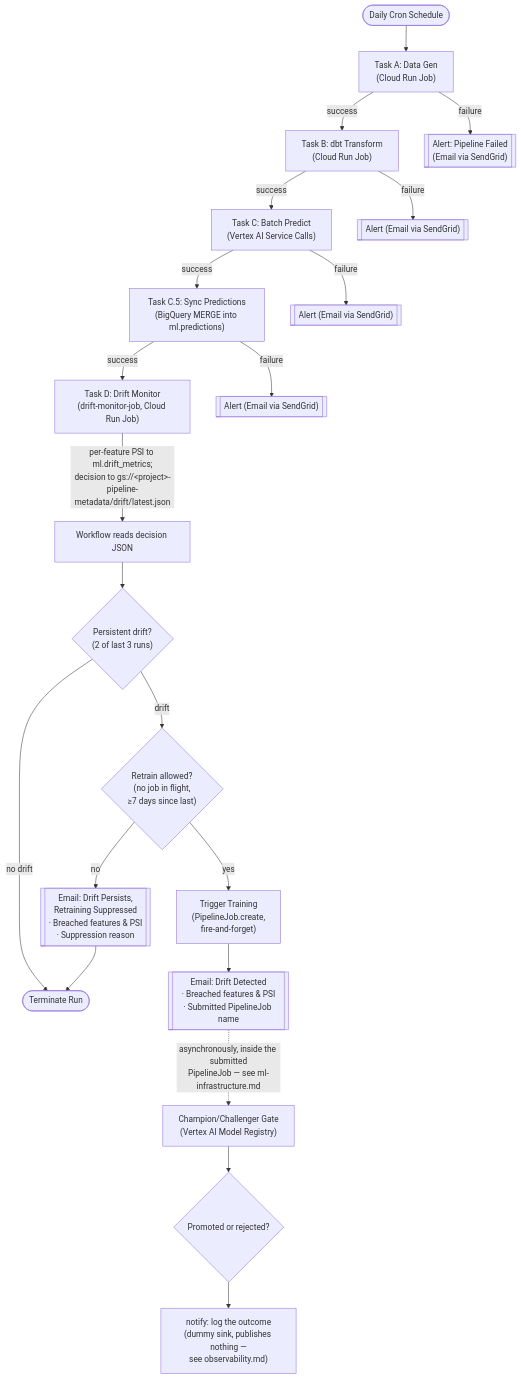
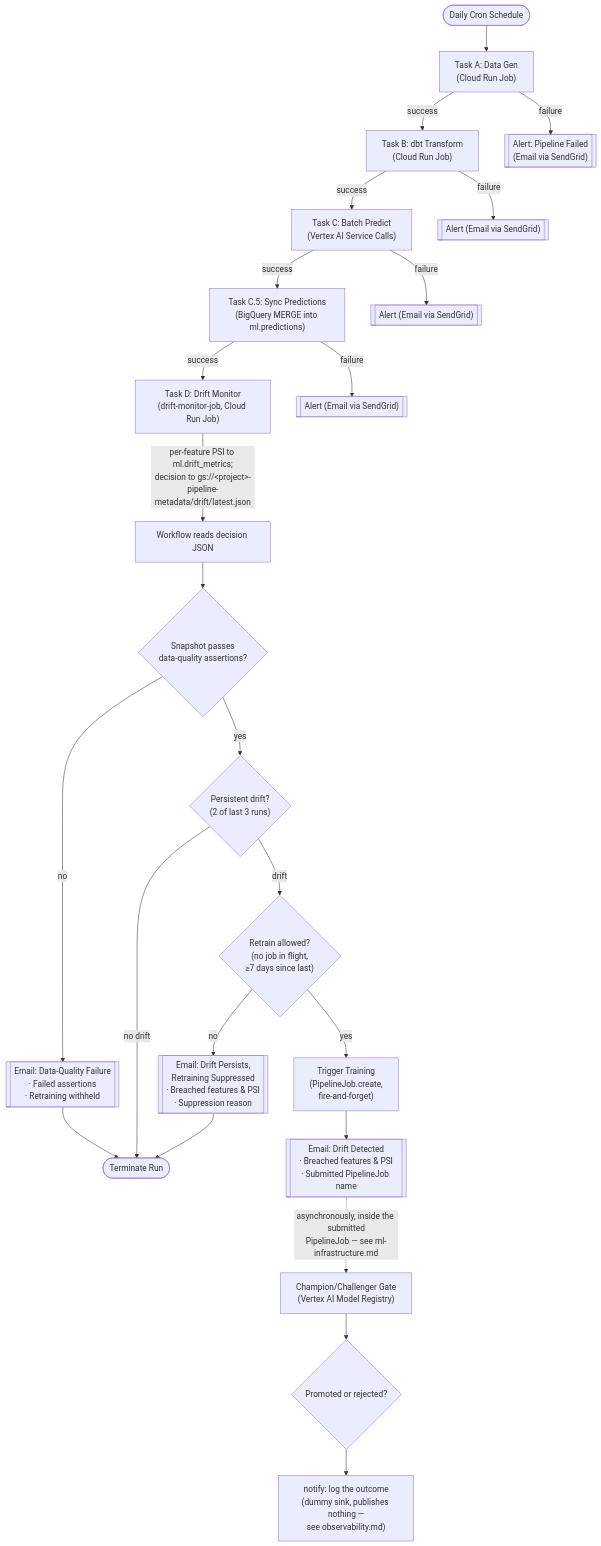
The diagram in docs/orchestration.md (marcopellegrinoit/gcp-mlops-customer-churn), drawn with Mermaid before and after one commit. The commit also changed other lines of this file and 18 other files, not shown here.

First line of the commit message:
Track missingness, gate retraining on data quality, stabilise customer identity

````diff
--- a/docs/orchestration.md
+++ b/docs/orchestration.md
@@ -33,33 +34,38 @@
 ```mermaid
 flowchart TD
     START([Daily Cron Schedule]) --> A["Task A: Data Gen<br/>(Cloud Run Job)"]
 
     A -->|success| B["Task B: dbt Transform<br/>(Cloud Run Job)"]
     A -->|failure| ALERT_A[["Alert: Pipeline Failed<br/>(Email via SendGrid)"]]
 
     B -->|success| C["Task C: Batch Predict<br/>(Vertex AI Service Calls)"]
     B -->|failure| ALERT_B[["Alert (Email via SendGrid)"]]
 
     C -->|success| SYNC["Task C.5: Sync Predictions<br/>(BigQuery MERGE into ml.predictions)"]
     C -->|failure| ALERT_C[["Alert (Email via SendGrid)"]]
 
     SYNC -->|success| D["Task D: Drift Monitor<br/>(drift-monitor-job, Cloud Run Job)"]
     SYNC -->|failure| ALERT_SYNC[["Alert (Email via SendGrid)"]]
 
     D -->|"per-feature PSI to ml.drift_metrics;<br/>decision to gs://&lt;project&gt;-pipeline-metadata/drift/latest.json"| READ[Workflow reads decision JSON]
-    READ --> DRIFT{"Persistent drift?<br/>(2 of last 3 runs)"}
+    READ --> DQ{"Snapshot passes<br/>data-quality assertions?"}
+
+    DQ -->|no| ALERT_DQ[["Email: Data-Quality Failure<br/>· Failed assertions<br/>· Retraining withheld"]]
+    ALERT_DQ --> TERM
+
+    DQ -->|yes| DRIFT{"Persistent drift?<br/>(2 of last 3 runs)"}
 
     DRIFT -->|drift| GUARD{"Retrain allowed?<br/>(no job in flight,<br/>≥7 days since last)"}
     DRIFT -->|no drift| TERM([Terminate Run])
 
     GUARD -->|yes| TRAIN["Trigger Training<br/>(PipelineJob.create,<br/>fire-and-forget)"]
     GUARD -->|no| SUPPRESS[["Email: Drift Persists,<br/>Retraining Suppressed<br/>· Breached features & PSI<br/>· Suppression reason"]]
 
     SUPPRESS --> TERM
 
     TRAIN --> EMAIL[["Email: Drift Detected<br/>· Breached features & PSI<br/>· Submitted PipelineJob name"]]
 
     EMAIL -.->|"asynchronously, inside the submitted<br/>PipelineJob — see ml-infrastructure.md"| GATE["Champion/Challenger Gate<br/>(Vertex AI Model Registry)"]
     GATE --> PROMO{Promoted or rejected?}
     PROMO --> NOTIFY["notify: log the outcome<br/>(dummy sink, publishes nothing —<br/>see observability.md)"]
 ```
````
